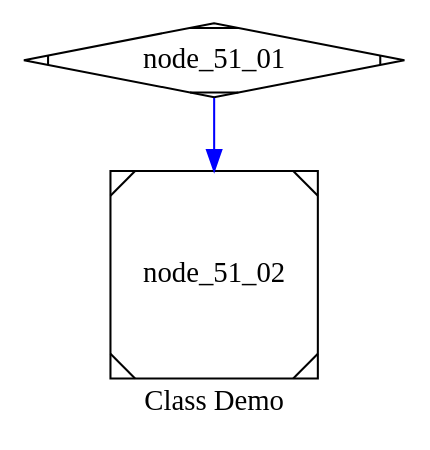
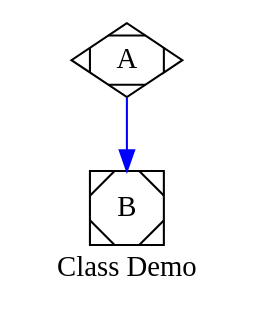
One commit to graphviz-perl/GraphViz2-Marpa-PathUtils changed the diagram in data/11.clusters.in.gv. Above: the diagram before and after it, drawn with Graphviz. The commit also changed 36 other files, not shown here.

```diff
--- a/data/11.clusters.in.gv
+++ b/data/11.clusters.in.gv
@@ -1,16 +1,16 @@
 digraph graph_51
 {
 edge [color = blue]
 
 node [shape = Mdiamond]
 
-node_51_01
+A
 
 node [shape = Msquare]
 
-node_51_02
+B
 
 graph [label = "Class Demo"]
 
-node_51_01 -> node_51_02
+A -> B
 }
```
